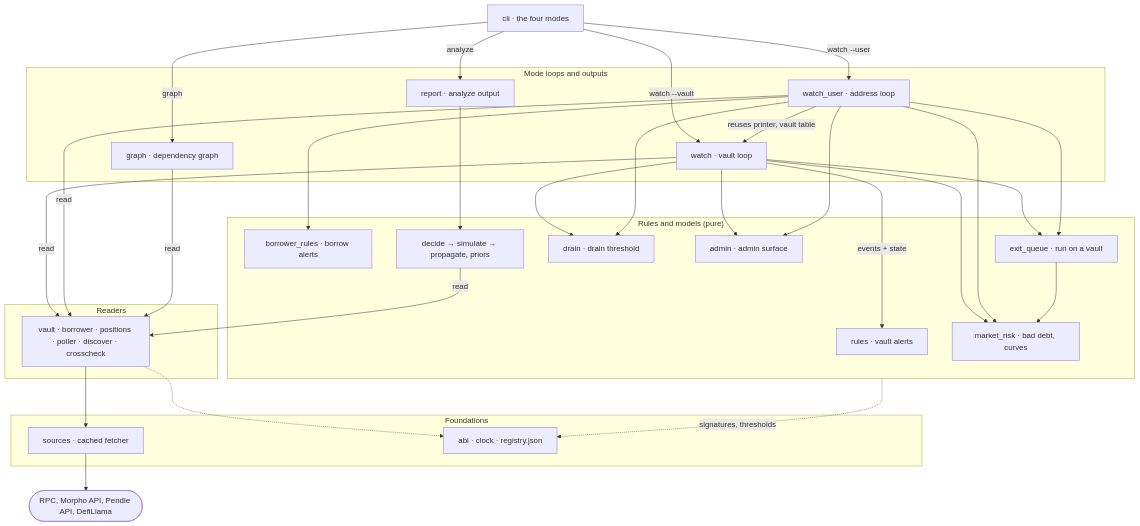
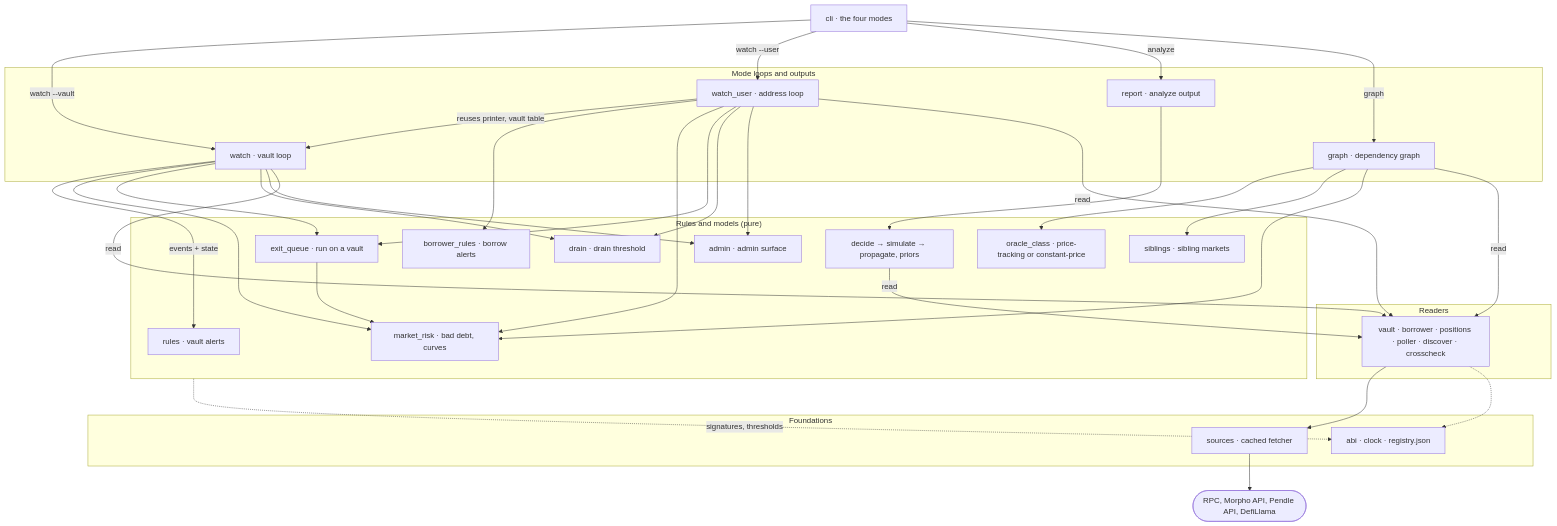
One commit to rya-sge/defi-monitoring changed the first of 3 diagrams in ARCHITECTURE.md. Above: the diagram before and after it, drawn with Mermaid. The commit also changed other lines of this file and 157 other files, not shown here.

Commit message:
feat: add sibling markets, oracle classes and liquidation curves to the graph, an optional eRPC proxy with setup docs, and a $1M TVL sibling floor; resend rate-limited RPC replies and keep routed URLs out of errors

````diff
--- a/ARCHITECTURE.md
+++ b/ARCHITECTURE.md
@@ -35,53 +35,58 @@
 ```mermaid
 flowchart TB
   cli["cli · the four modes"]
   subgraph Loops["Mode loops and outputs"]
     watch["watch · vault loop"]
     watch_user["watch_user · address loop"]
     report["report · analyze output"]
     graphmod["graph · dependency graph"]
   end
   subgraph Rules["Rules and models (pure)"]
     rules["rules · vault alerts"]
     borrower_rules["borrower_rules · borrow alerts"]
     market_risk["market_risk · bad debt, curves"]
     exit_queue["exit_queue · run on a vault"]
     drain["drain · drain threshold"]
     admin["admin · admin surface"]
+    oracle_class["oracle_class · price-tracking or constant-price"]
+    siblings["siblings · sibling markets"]
     model["decide → simulate → propagate, priors"]
   end
   subgraph Readers["Readers"]
     readers["vault · borrower · positions · poller · discover · crosscheck"]
   end
   subgraph Base["Foundations"]
     sources["sources · cached fetcher"]
     base["abi · clock · registry.json"]
   end
   net(["RPC, Morpho API, Pendle API, DefiLlama"])
 
   cli -->|"watch --vault"| watch
   cli -->|"watch --user"| watch_user
   cli -->|"analyze"| report
   cli -->|"graph"| graphmod
   watch_user -->|"reuses printer, vault table"| watch
   watch -->|"events + state"| rules
   watch --> market_risk
   watch --> exit_queue
   watch --> drain
   watch_user --> borrower_rules
   watch_user --> market_risk
   watch_user --> exit_queue
   watch_user --> drain
   exit_queue --> market_risk
   watch --> admin
   watch_user --> admin
+  graphmod --> oracle_class
+  graphmod --> siblings
+  graphmod --> market_risk
   report --> model
   watch -->|"read"| readers
   watch_user -->|"read"| readers
   graphmod -->|"read"| readers
   model -->|"read"| readers
   readers --> sources
   sources --> net
   Rules -.->|"signatures, thresholds"| base
   readers -.-> base
 ```
````
